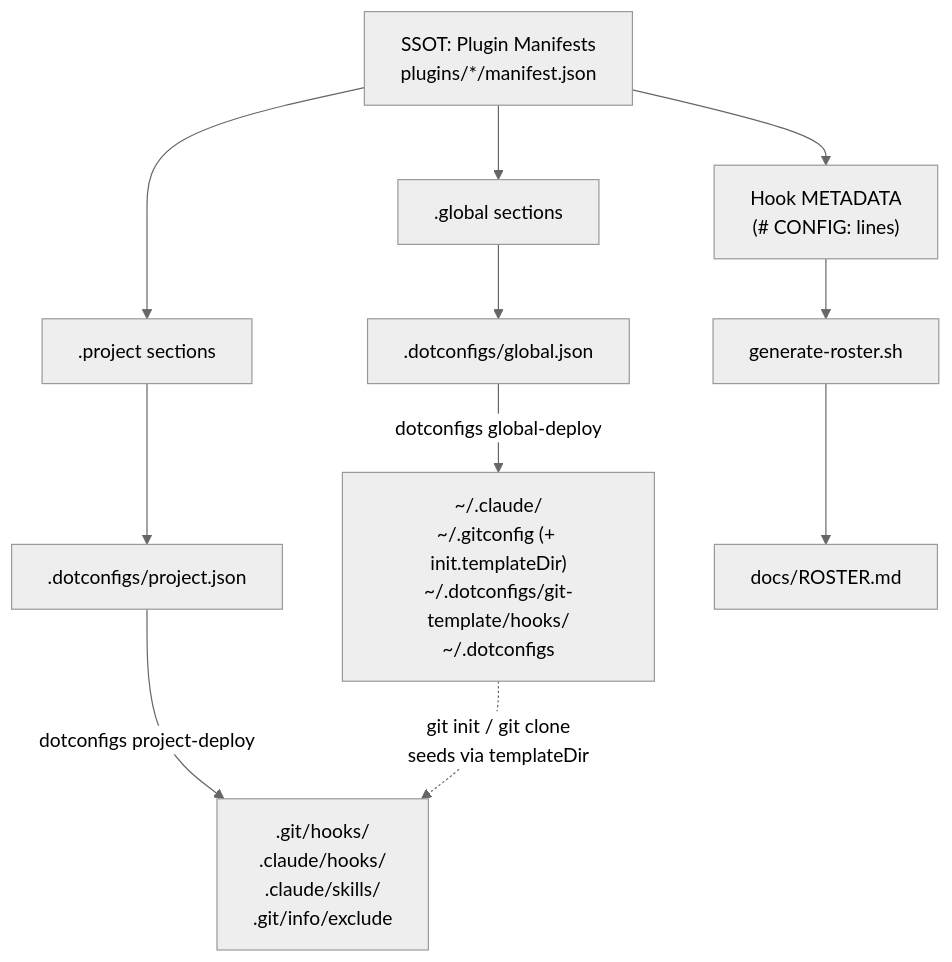
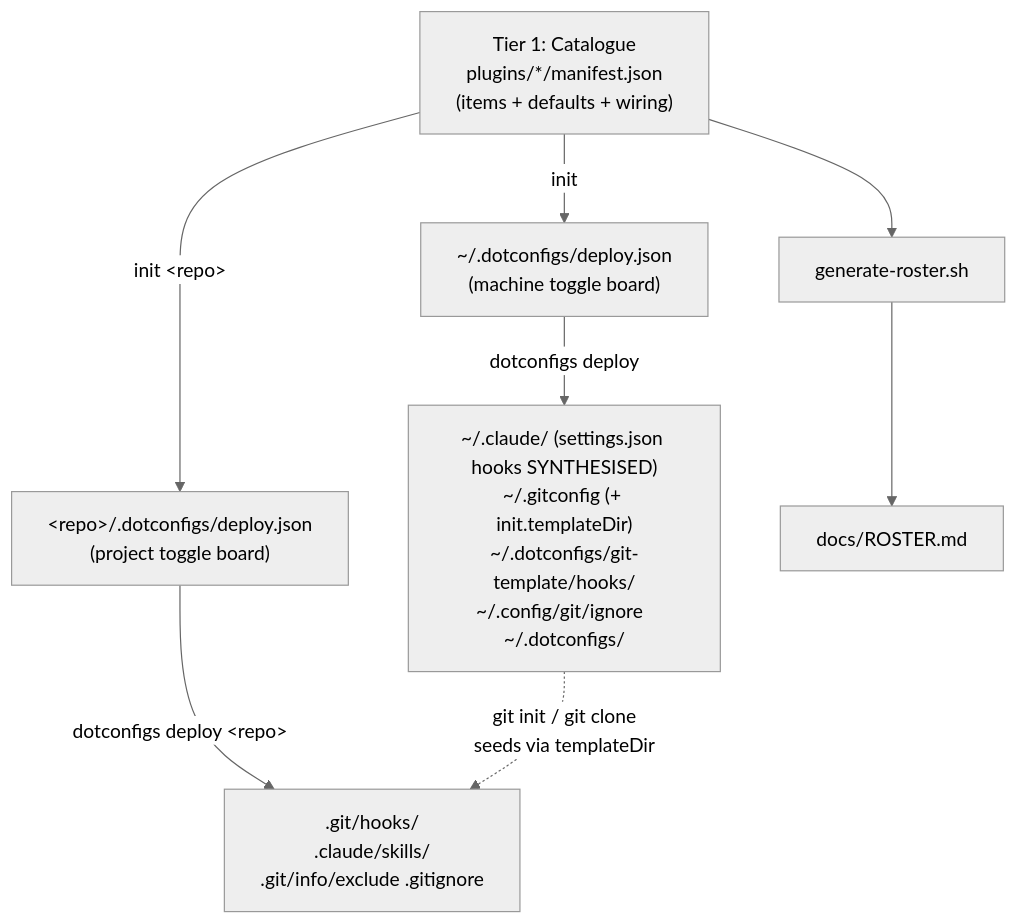
One commit to henrycgbaker/dotconfigs changed the diagram in docs/architecture.md. Above: the diagram before and after it, drawn with Mermaid (neutral theme). The commit also changed other lines of this file and 8 other files, not shown here.

First line of the commit message:
docs: rewrite for the 2-tier catalogue model

````diff
--- a/docs/architecture.md
+++ b/docs/architecture.md
@@ -16,16 +19,12 @@
 ```mermaid
 flowchart TD
-    SSOT["SSOT: Plugin Manifests<br/>plugins/*/manifest.json"]
-    SSOT --> G[".global sections"]
-    SSOT --> P[".project sections"]
-    SSOT --> M["Hook METADATA<br/>(# CONFIG: lines)"]
+    CAT["Tier 1: Catalogue<br/>plugins/*/manifest.json<br/>(items + defaults + wiring)"]
+    CAT -->|init| MD["~/.dotconfigs/deploy.json<br/>(machine toggle board)"]
+    CAT -->|init &lt;repo&gt;| PD["&lt;repo&gt;/.dotconfigs/deploy.json<br/>(project toggle board)"]
+    CAT --> RS["generate-roster.sh"]
 
-    G --> GJ[".dotconfigs/global.json"]
-    P --> PJ[".dotconfigs/project.json"]
-    M --> RS["generate-roster.sh"]
-
-    GJ -->|dotconfigs global-deploy| GFS["~/.claude/<br/>~/.gitconfig (+ init.templateDir)<br/>~/.dotconfigs/git-template/hooks/<br/>~/.dotconfigs"]
-    PJ -->|dotconfigs project-deploy| PFS[".git/hooks/<br/>.claude/hooks/<br/>.claude/skills/<br/>.git/info/exclude"]
+    MD -->|dotconfigs deploy| GFS["~/.claude/ (settings.json hooks SYNTHESISED)<br/>~/.gitconfig (+ init.templateDir)<br/>~/.dotconfigs/git-template/hooks/<br/>~/.config/git/ignore  ~/.dotconfigs/"]
+    PD -->|dotconfigs deploy &lt;repo&gt;| PFS[".git/hooks/<br/>.claude/skills/<br/>.git/info/exclude  .gitignore"]
     GFS -.->|git init / git clone<br/>seeds via templateDir| PFS
     RS --> ROSTER["docs/ROSTER.md"]
 ```
````
